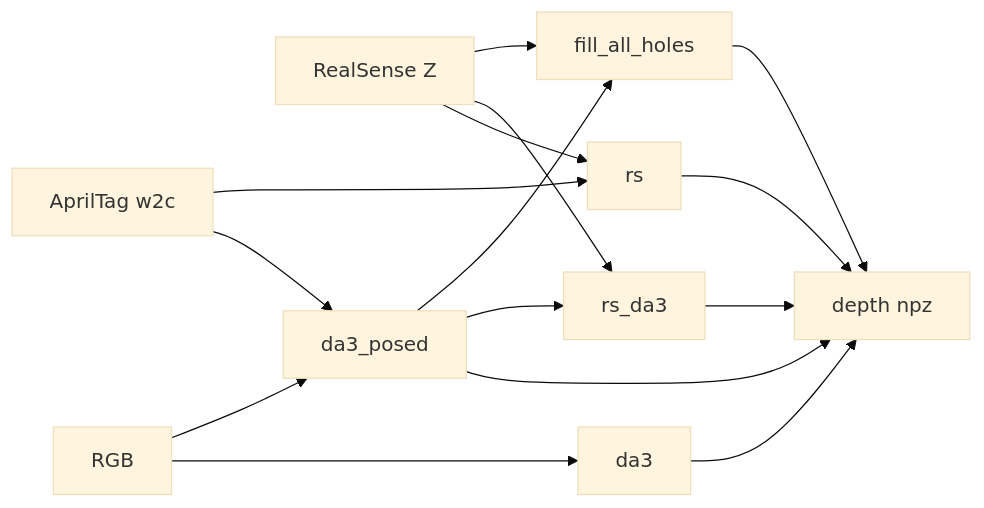
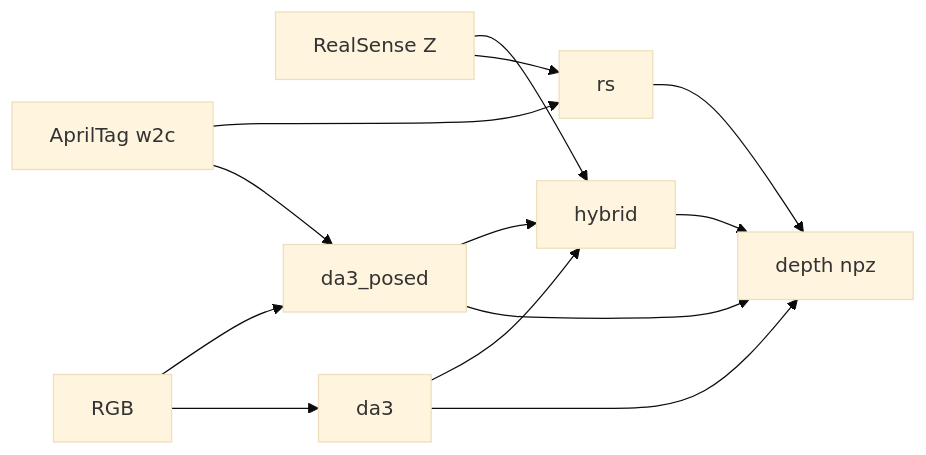
Before and after one commit to thshek0/mv-sam3d-pipeline: the second of 2 diagrams in README.md, drawn with Mermaid (base theme). The commit also changed other lines of this file and 2 other files, not shown here.

````diff
--- a/README.md
+++ b/README.md
@@ -81,25 +79,22 @@
 ```mermaid
 flowchart LR
   rgb[RGB]
   rsZ[RealSense Z]
   tags[AprilTag w2c]
   da3[da3]
   posed[da3_posed]
   rs[rs]
-  rsda3[rs_da3]
-  fill[fill_all_holes]
+  hybrid[hybrid]
   npz[depth npz]
   rgb --> da3 --> npz
   rgb --> posed
   tags --> posed
   posed --> npz
   rsZ --> rs
   tags --> rs
   rs --> npz
-  rsZ --> rsda3
-  posed --> rsda3
-  rsda3 --> npz
-  rsZ --> fill
-  posed --> fill
-  fill --> npz
+  rsZ --> hybrid
+  da3 --> hybrid
+  posed --> hybrid
+  hybrid --> npz
 ```
````
